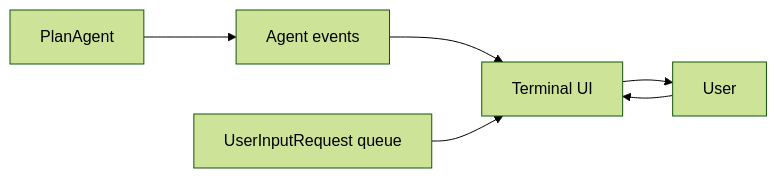
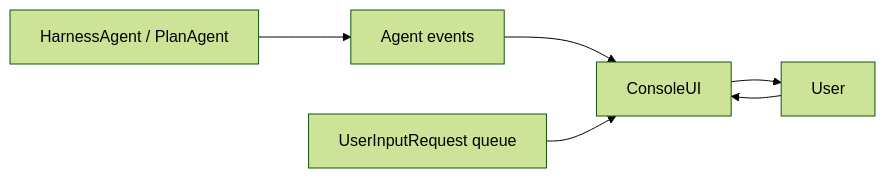
Before and after one commit to dzungtri/mini-claw-code: the first of 2 diagrams in mini-claw-code-book-py/src/ch09-tui.md, drawn with Mermaid (forest theme). The commit also changed other lines of this file and 1 other file, not shown here.

````diff
--- a/mini-claw-code-book-py/src/ch09-tui.md
+++ b/mini-claw-code-book-py/src/ch09-tui.md
@@ -14,8 +28,8 @@
 ```mermaid
 flowchart LR
-    Agent["PlanAgent"] --> Events["Agent events"]
-    Events --> UI["Terminal UI"]
+    Agent["HarnessAgent / PlanAgent"] --> Events["Agent events"]
+    Events --> UI["ConsoleUI"]
     Ask["UserInputRequest queue"] --> UI
     UI --> User["User"]
     User --> UI
 ```
````
